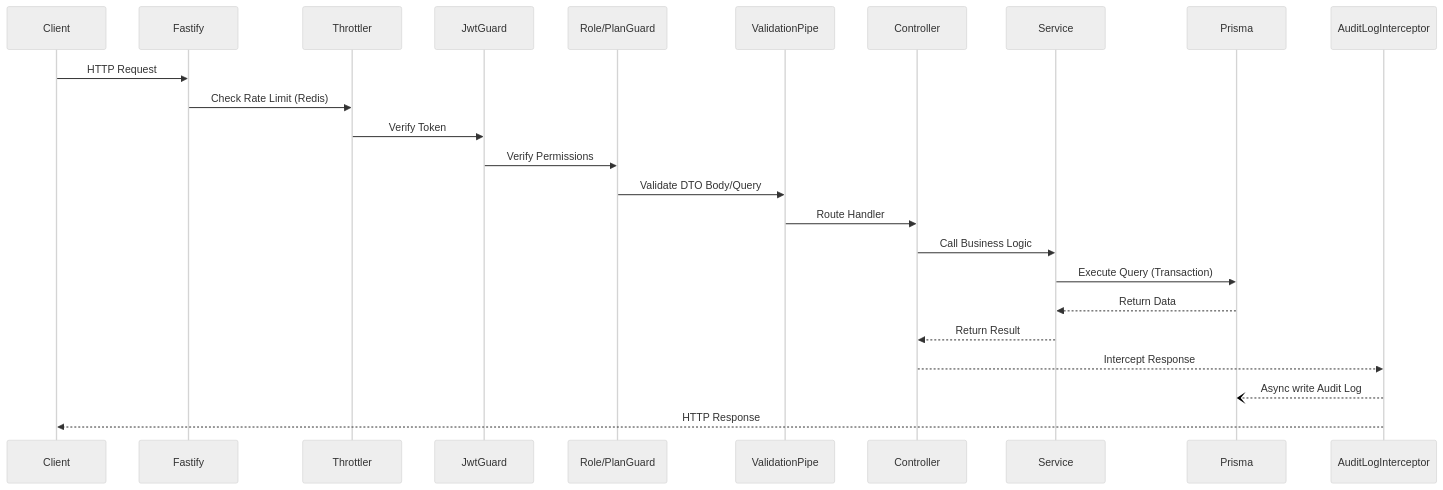
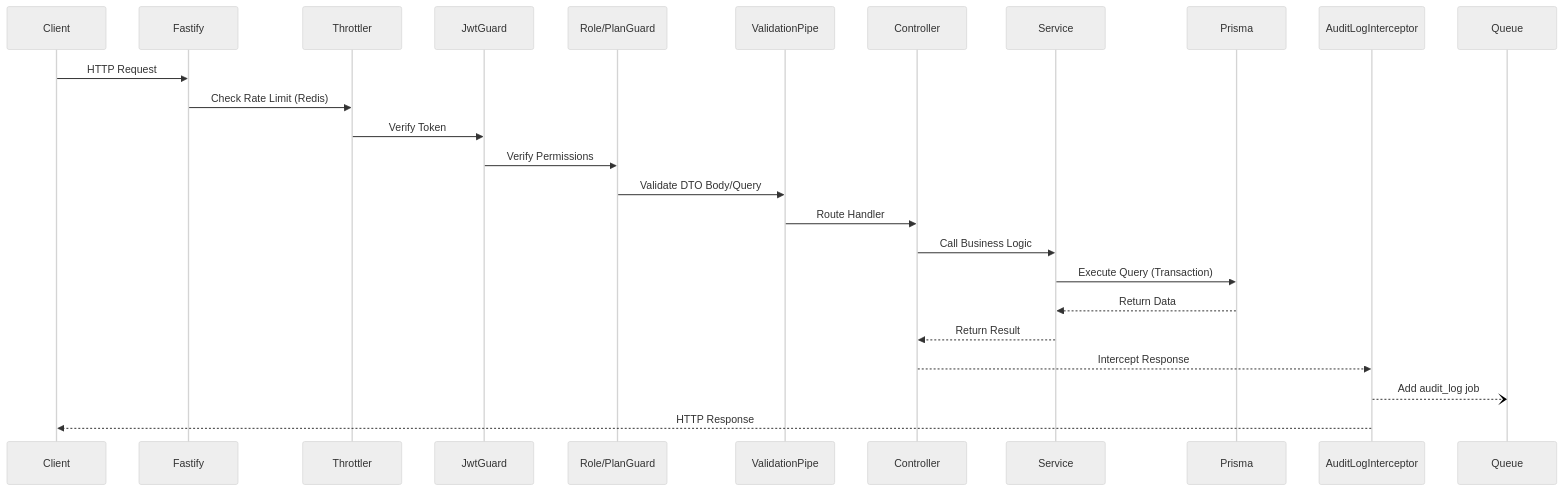
Before and after one commit to Andy-doit/hotstock-be-v1: the second of 2 diagrams in docs/backend-deep-review.md, drawn with Mermaid (neutral theme). The commit also changed other lines of this file and 98 other files, not shown here.

````diff
--- a/docs/backend-deep-review.md
+++ b/docs/backend-deep-review.md
@@ -74,27 +71,27 @@
 ```mermaid
 sequenceDiagram
     participant Client
     participant Fastify
     participant Throttler
     participant JwtGuard
     participant Role/PlanGuard
     participant ValidationPipe
     participant Controller
     participant Service
     participant Prisma
     participant AuditLogInterceptor
     
     Client->>Fastify: HTTP Request
     Fastify->>Throttler: Check Rate Limit (Redis)
     Throttler->>JwtGuard: Verify Token
     JwtGuard->>Role/PlanGuard: Verify Permissions
     Role/PlanGuard->>ValidationPipe: Validate DTO Body/Query
     ValidationPipe->>Controller: Route Handler
     Controller->>Service: Call Business Logic
     Service->>Prisma: Execute Query (Transaction)
     Prisma-->>Service: Return Data
     Service-->>Controller: Return Result
     Controller-->>AuditLogInterceptor: Intercept Response
-    AuditLogInterceptor--)Prisma: Async write Audit Log
+    AuditLogInterceptor--)Queue: Add audit_log job
     AuditLogInterceptor-->>Client: HTTP Response
 ```
````
